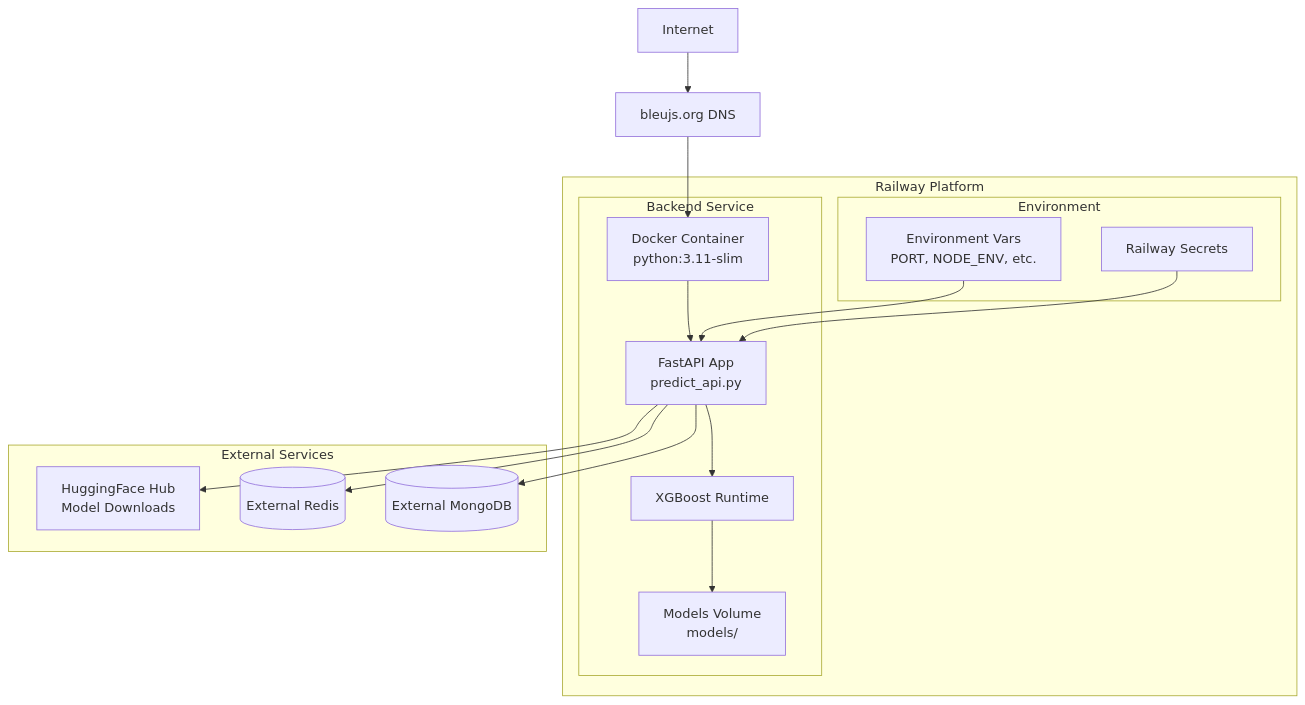
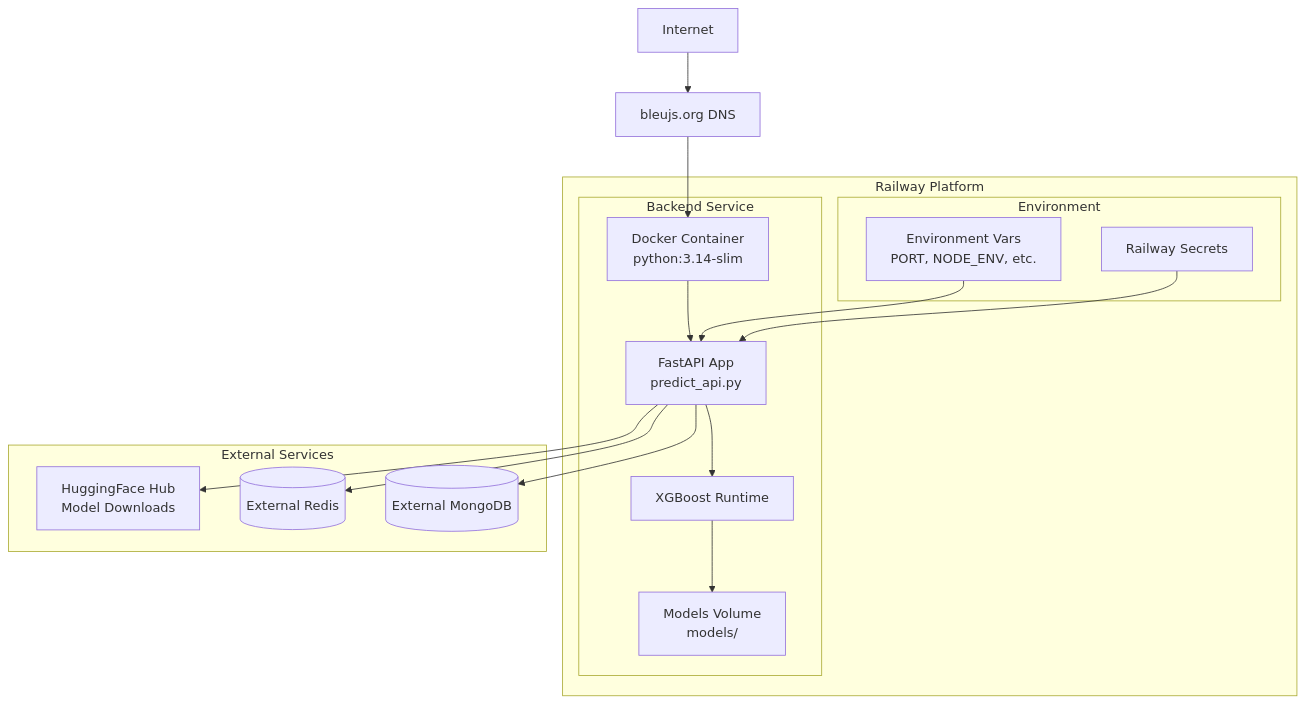
One commit to HelloblueAI/Bleujs.-backend changed the fifth of 8 diagrams in docs/ARCHITECTURE.md. Above: the diagram before and after it, drawn with Mermaid. The commit also changed other lines of this file and 1 other file, not shown here.

First line of the commit message:
chore: bump Elastic Beanstalk default platform to Python 3.12 (#77)

````diff
--- a/docs/ARCHITECTURE.md
+++ b/docs/ARCHITECTURE.md
@@ -296,38 +296,38 @@
 ```mermaid
 graph TB
     subgraph "Railway Platform"
         subgraph "Backend Service"
-            DOCKER[Docker Container<br/>python:3.11-slim]
+            DOCKER[Docker Container<br/>python:3.14-slim]
             APP[FastAPI App<br/>predict_api.py]
             XGB[XGBoost Runtime]
             MODELS[Models Volume<br/>models/]
         end
         
         subgraph "Environment"
             ENV[Environment Vars<br/>PORT, NODE_ENV, etc.]
             SECRETS[Railway Secrets]
         end
     end
 
     subgraph "External Services"
         HF[HuggingFace Hub<br/>Model Downloads]
         REDIS_EXT[(External Redis)]
         MONGO_EXT[(External MongoDB)]
     end
 
     INTERNET[Internet]
     DNS[bleujs.org DNS]
 
     INTERNET --> DNS
     DNS --> DOCKER
     DOCKER --> APP
     APP --> XGB
     XGB --> MODELS
     
     ENV --> APP
     SECRETS --> APP
     
     APP --> HF
     APP --> REDIS_EXT
     APP --> MONGO_EXT
 ```
````
